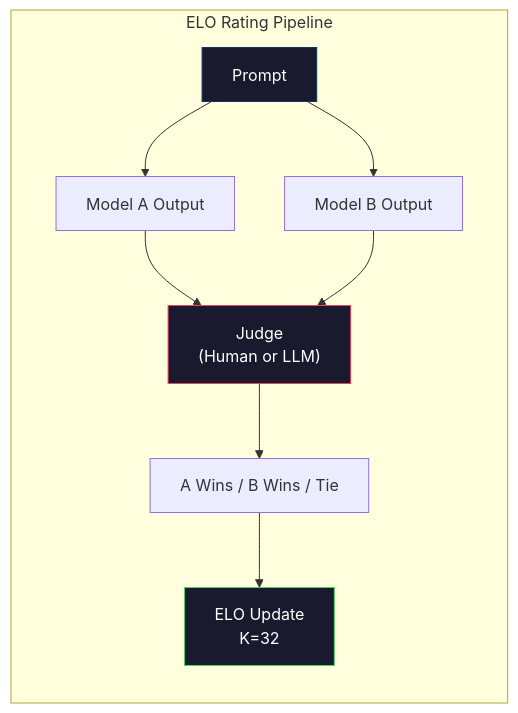
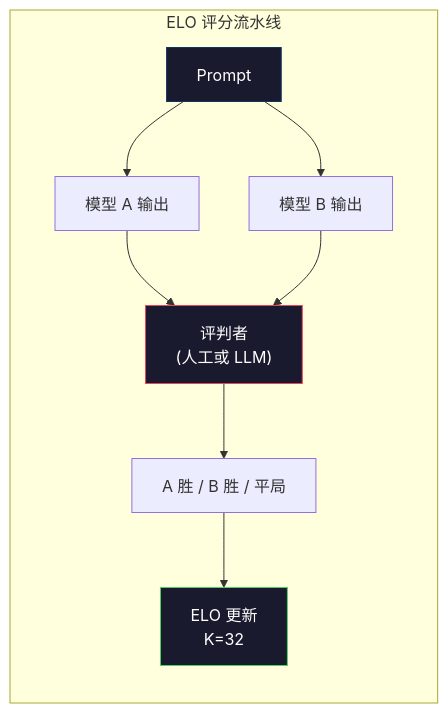
Before and after one commit to JerryC8080/ai-engineering-from-scratch-zh: the second of 2 diagrams in phases/10-llms-from-scratch/10-evaluation/docs/zh.md, drawn with Mermaid. The commit also changed other lines of this file and 156 other files, not shown here.

First line of the commit message:
i18n(zh): translate mermaid diagram labels in 157 lesson zh.md

````diff
--- a/phases/10-llms-from-scratch/10-evaluation/docs/zh.md
+++ b/phases/10-llms-from-scratch/10-evaluation/docs/zh.md
@@ -94,16 +94,16 @@
 ```mermaid
 graph LR
-    subgraph ELO["ELO Rating Pipeline"]
+    subgraph ELO["ELO 评分流水线"]
         direction TB
-        P["Prompt"] --> MA["Model A Output"]
-        P --> MB["Model B Output"]
-        MA --> J["Judge\n(Human or LLM)"]
+        P["Prompt"] --> MA["模型 A 输出"]
+        P --> MB["模型 B 输出"]
+        MA --> J["评判者\n(人工或 LLM)"]
         MB --> J
-        J --> W["A Wins / B Wins / Tie"]
-        W --> E["ELO Update\nK=32"]
+        J --> W["A 胜 / B 胜 / 平局"]
+        W --> E["ELO 更新\nK=32"]
     end
 
     style P fill:#1a1a2e,stroke:#0f3460,color:#fff
     style J fill:#1a1a2e,stroke:#e94560,color:#fff
     style E fill:#1a1a2e,stroke:#51cf66,color:#fff
 ```
````
